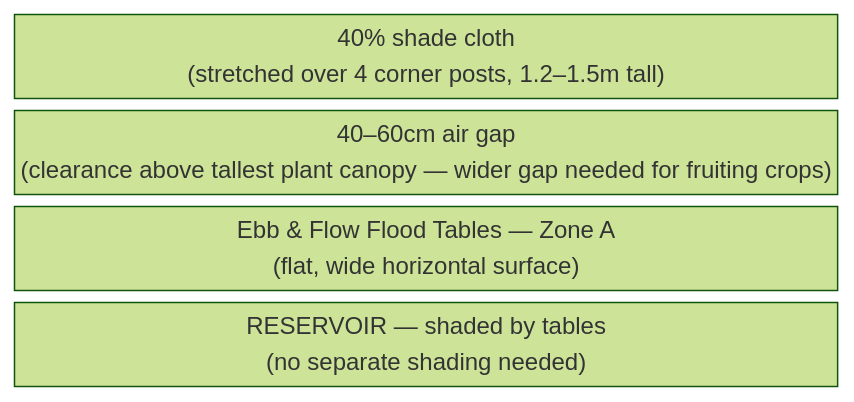
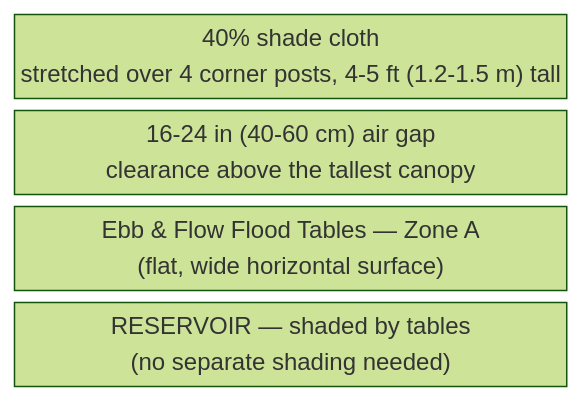
One commit to UncleJS/guide_hydroponics changed the third of 3 diagrams in guide/ebb-and-flow/04-lighting.md. Above: the diagram before and after it, drawn with Mermaid (forest theme). The commit also changed other lines of this file and 35 other files, not shown here.

````diff
--- a/guide/ebb-and-flow/04-lighting.md
+++ b/guide/ebb-and-flow/04-lighting.md
@@ -325,8 +327,8 @@
 ```mermaid
 block-beta
   columns 1
-  cloth["40% shade cloth<br/>(stretched over 4 corner posts, 1.2–1.5m tall)"]
-  gap["40–60cm air gap<br/>(clearance above tallest plant canopy — wider gap needed for fruiting crops)"]
+  cloth["40% shade cloth<br/>stretched over 4 corner posts, 4-5 ft (1.2-1.5 m) tall"]
+  gap["16-24 in (40-60 cm) air gap<br/>clearance above the tallest canopy"]
   tables["Ebb &amp; Flow Flood Tables — Zone A<br/>(flat, wide horizontal surface)"]
   res["RESERVOIR — shaded by tables<br/>(no separate shading needed)"]
 ```
````
